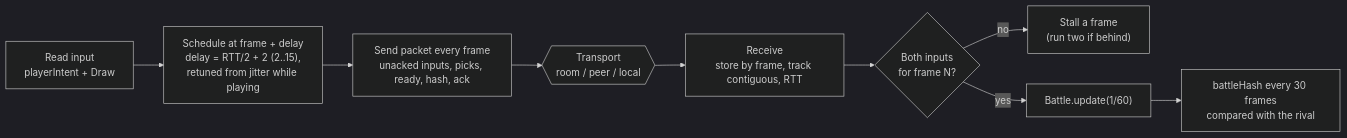
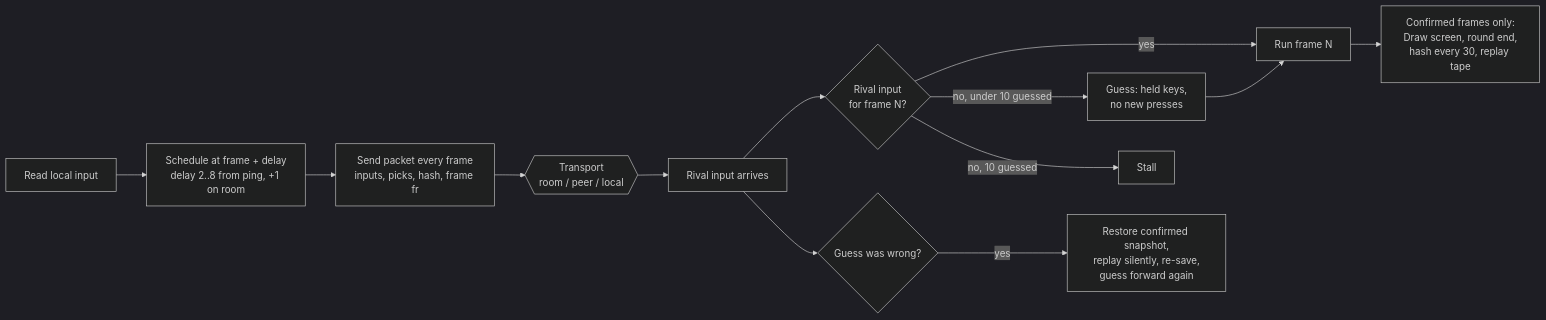
The third of 14 diagrams in docs/ARCHITECTURE.md (WesleyT4N/spell-vs-steel), drawn with Mermaid (dark theme) before and after one commit. The commit also changed other lines of this file, not shown here.

First line of the commit message:
Architecture doc: rollback netcode (#44), save module finished (#54)

````diff
--- a/docs/ARCHITECTURE.md
+++ b/docs/ARCHITECTURE.md
@@ -105,11 +105,14 @@
 ```mermaid
 flowchart LR
-  read["Read input<br/>playerIntent + Draw"] --> sched["Schedule at frame + delay<br/>delay = RTT/2 + 2 (2..15),<br/>retuned from jitter while playing"]
-  sched --> send["Send packet every frame<br/>unacked inputs, picks, ready, hash, ack"]
+  read["Read local input"] --> sched["Schedule at frame + delay<br/>delay 2..8 from ping, +1 on room"]
+  sched --> send["Send packet every frame<br/>inputs, picks, hash, frame fr"]
   send --> tr{{"Transport<br/>room / peer / local"}}
-  tr --> recv["Receive<br/>store by frame, track contiguous, RTT"]
-  recv --> ready{"Both inputs<br/>for frame N?"}
-  ready -- no --> stall["Stall a frame<br/>(run two if behind)"]
-  ready -- yes --> step["Battle.update(1/60)"]
-  step --> hash["battleHash every 30 frames<br/>compared with the rival"]
+  tr --> recv["Rival input arrives"]
+  recv --> known{"Rival input<br/>for frame N?"}
+  known -- yes --> run["Run frame N"]
+  known -- "no, under 10 guessed" --> guess["Guess: held keys,<br/>no new presses"] --> run
+  known -- "no, 10 guessed" --> stall[Stall]
+  recv --> wrong{"Guess was wrong?"}
+  wrong -- yes --> rb["Restore confirmed snapshot,<br/>replay silently, re-save,<br/>guess forward again"]
+  run --> conf["Confirmed frames only:<br/>Draw screen, round end,<br/>hash every 30, replay tape"]
 ```
````
